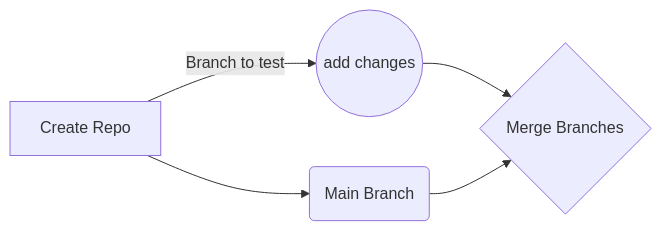
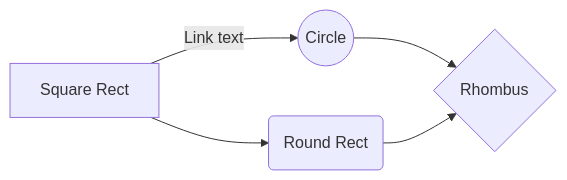
Before and after one commit to ShinTakuson/Template-Repository: the second of 2 diagrams in README.md, drawn with Mermaid. The commit also changed other lines of this file, not shown here.

````diff
--- a/README.md
+++ b/README.md
@@ -29,7 +137,7 @@
 ```mermaid
 graph LR
-A[Create Repo] -- Branch to test --> B((add changes))
-A --> C(Main Branch)
-B --> D{Merge Branches}
+A[Square Rect] -- Link text --> B((Circle))
+A --> C(Round Rect)
+B --> D{Rhombus}
 C --> D
 ```
````
